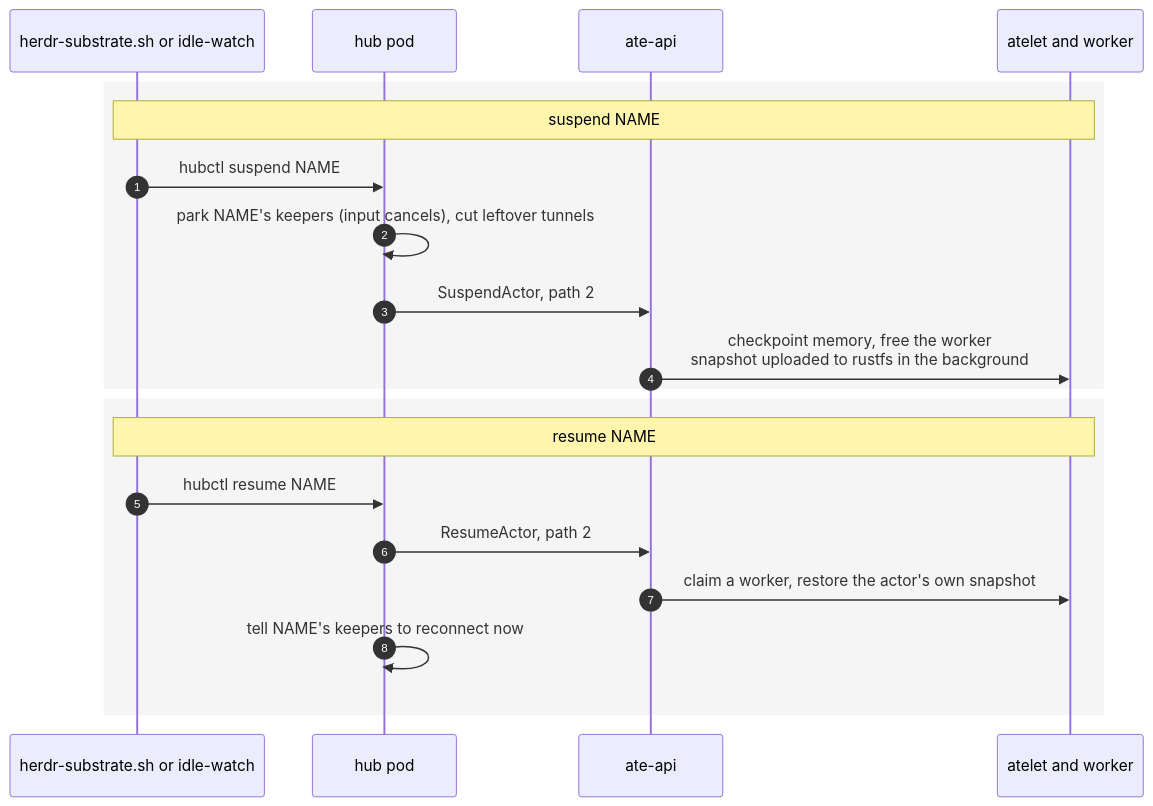
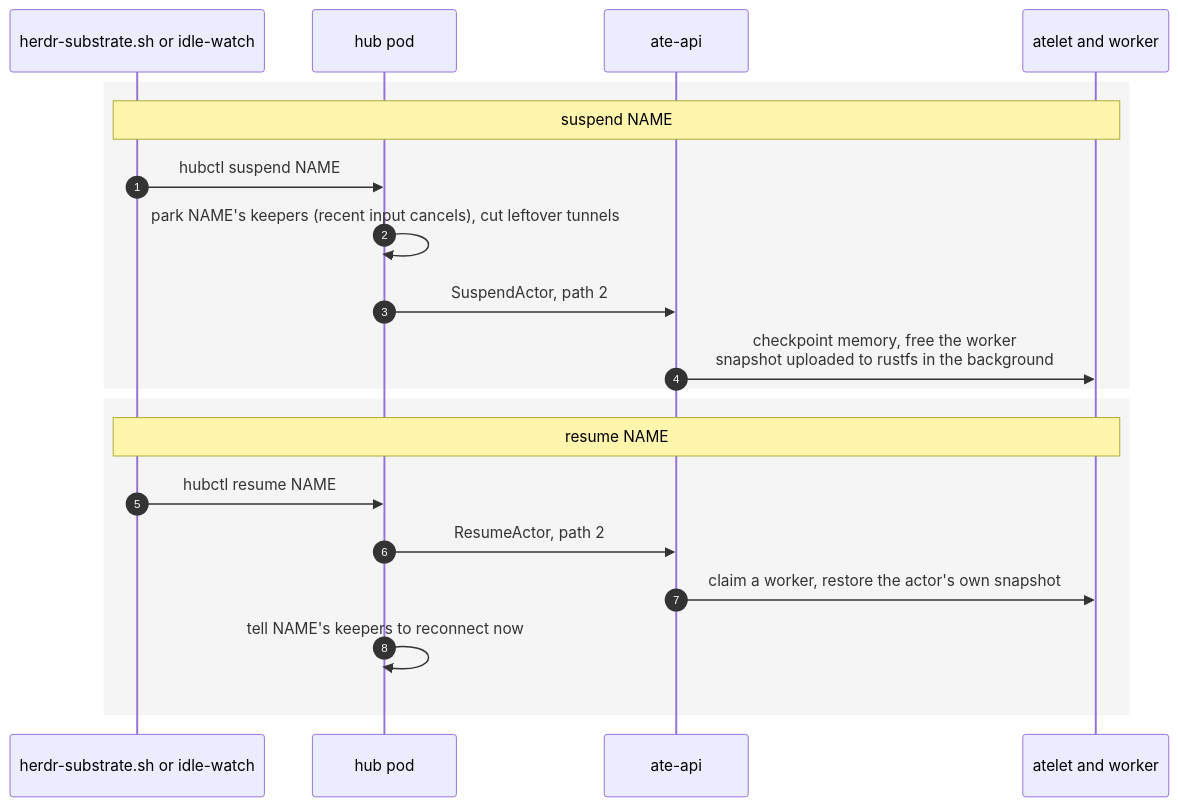
Diagram 17 of 19 in README.md (danaschwanden/herdr-agent-substrate), drawn with Mermaid before and after one commit. The commit also changed other lines of this file and 10 other files, not shown here.

````diff
--- a/README.md
+++ b/README.md
@@ -1188,22 +1191,22 @@
 ```mermaid
 sequenceDiagram
   autonumber
   participant S as herdr-substrate.sh or idle-watch
   participant H as hub pod
   participant A as ate-api
   participant W as atelet and worker
   rect rgba(128,128,128,0.08)
   Note over S,W: suspend NAME
   S->>H: hubctl suspend NAME
-  H->>H: park NAME's keepers (input cancels), cut leftover tunnels
+  H->>H: park NAME's keepers (recent input cancels), cut leftover tunnels
   H->>A: SuspendActor, path 2
   A->>W: checkpoint memory, free the worker<br/>snapshot uploaded to rustfs in the background
   end
   rect rgba(128,128,128,0.08)
   Note over S,W: resume NAME
   S->>H: hubctl resume NAME
   H->>A: ResumeActor, path 2
   A->>W: claim a worker, restore the actor's own snapshot
   H->>H: tell NAME's keepers to reconnect now
   end
 ```
````
